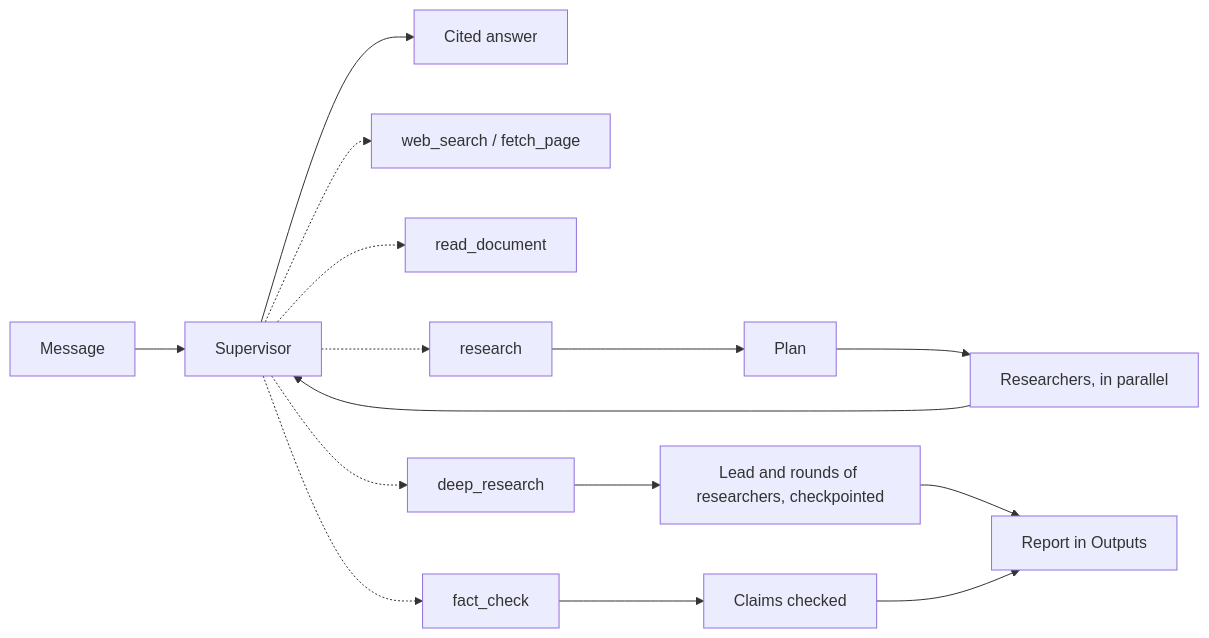
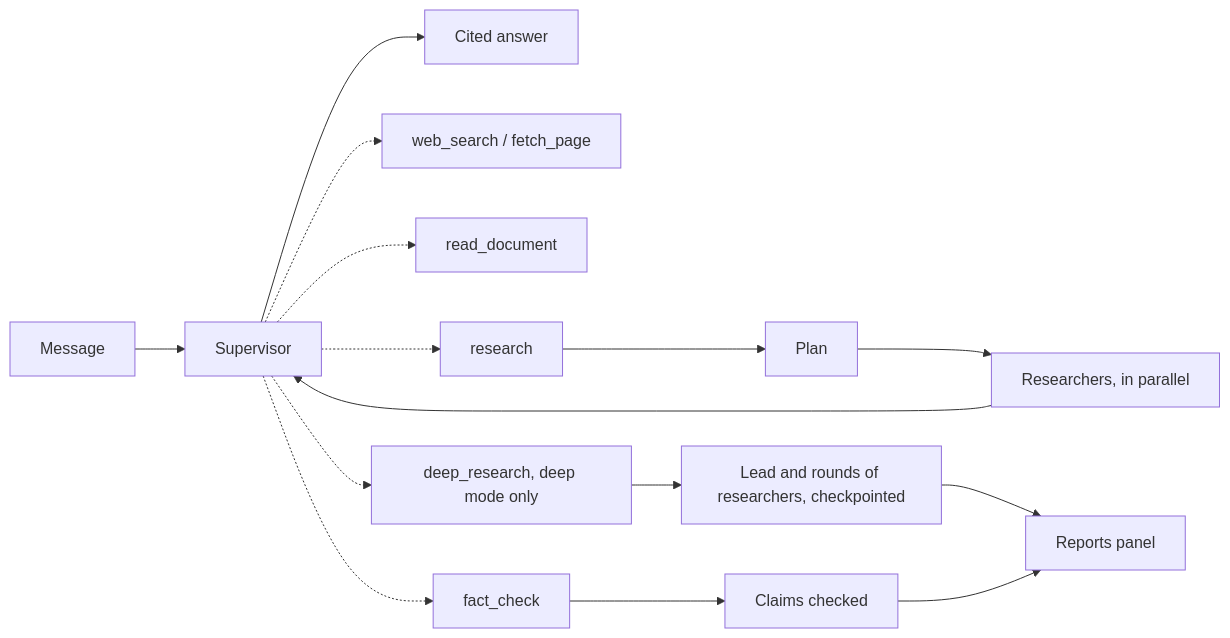
The diagram in README.md (Ghali-BenBouzid/nexus), drawn with Mermaid before and after one commit. The commit also changed other lines of this file, not shown here.

First line of the commit message:
docs(readme): deep runs only from deep mode, the live feed, and what broke since

````diff
--- a/README.md
+++ b/README.md
@@ -50,11 +55,11 @@
 ```mermaid
 flowchart LR
     M[Message] --> S[Supervisor]
     S --> A[Cited answer]
     S -.-> T1[web_search / fetch_page]
     S -.-> T2[read_document]
     S -.-> T3[research]
     T3 --> P[Plan] --> X[Researchers, in parallel] --> S
-    S -.-> T4[deep_research] --> D[Lead and rounds of researchers, checkpointed] --> Out[Report in Outputs]
+    S -.-> T4[deep_research, deep mode only] --> D[Lead and rounds of researchers, checkpointed] --> Out[Reports panel]
     S -.-> T5[fact_check] --> F[Claims checked] --> Out
 ```
````
